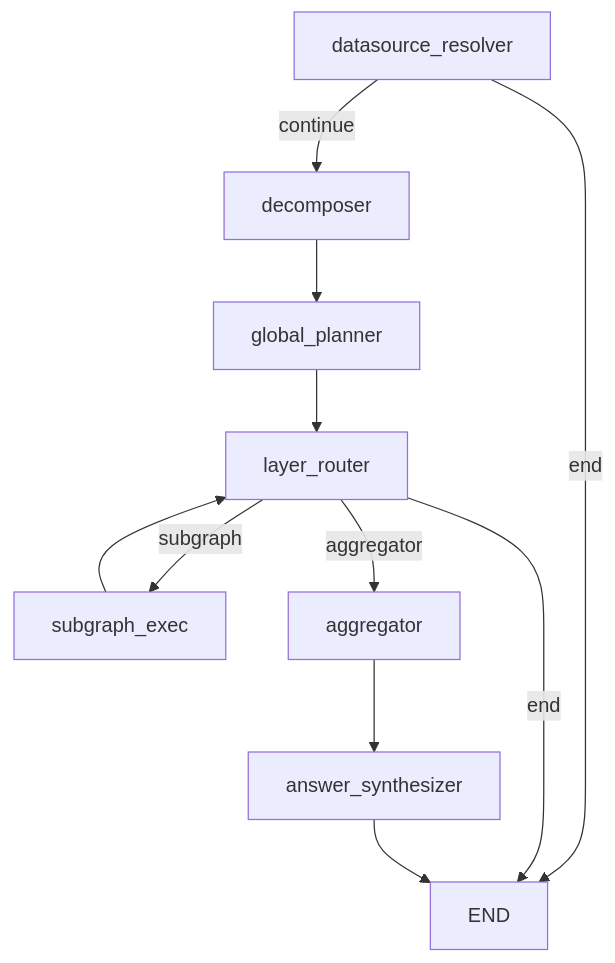
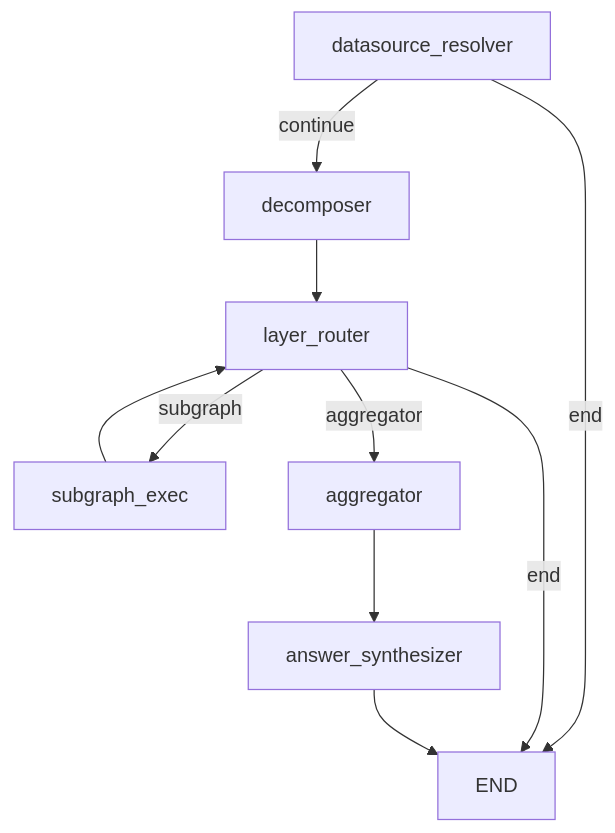
Before and after one commit to nadeem4/nl2sql: the diagram in docs/architecture/subgraphs/main_pipeline_graph.md, drawn with Mermaid. The commit also changed other lines of this file and 40 other files, not shown here.

````diff
--- a/docs/architecture/subgraphs/main_pipeline_graph.md
+++ b/docs/architecture/subgraphs/main_pipeline_graph.md
@@ -62,12 +61,11 @@
 ```mermaid
 flowchart TD
     datasource_resolver -->|continue| decomposer
     datasource_resolver -->|end| END
-    decomposer --> global_planner
-    global_planner --> layer_router
+    decomposer --> layer_router
     layer_router -->|subgraph| subgraph_exec
     subgraph_exec --> layer_router
     layer_router -->|aggregator| aggregator
     layer_router -->|end| END
     aggregator --> answer_synthesizer --> END
 ```
````
